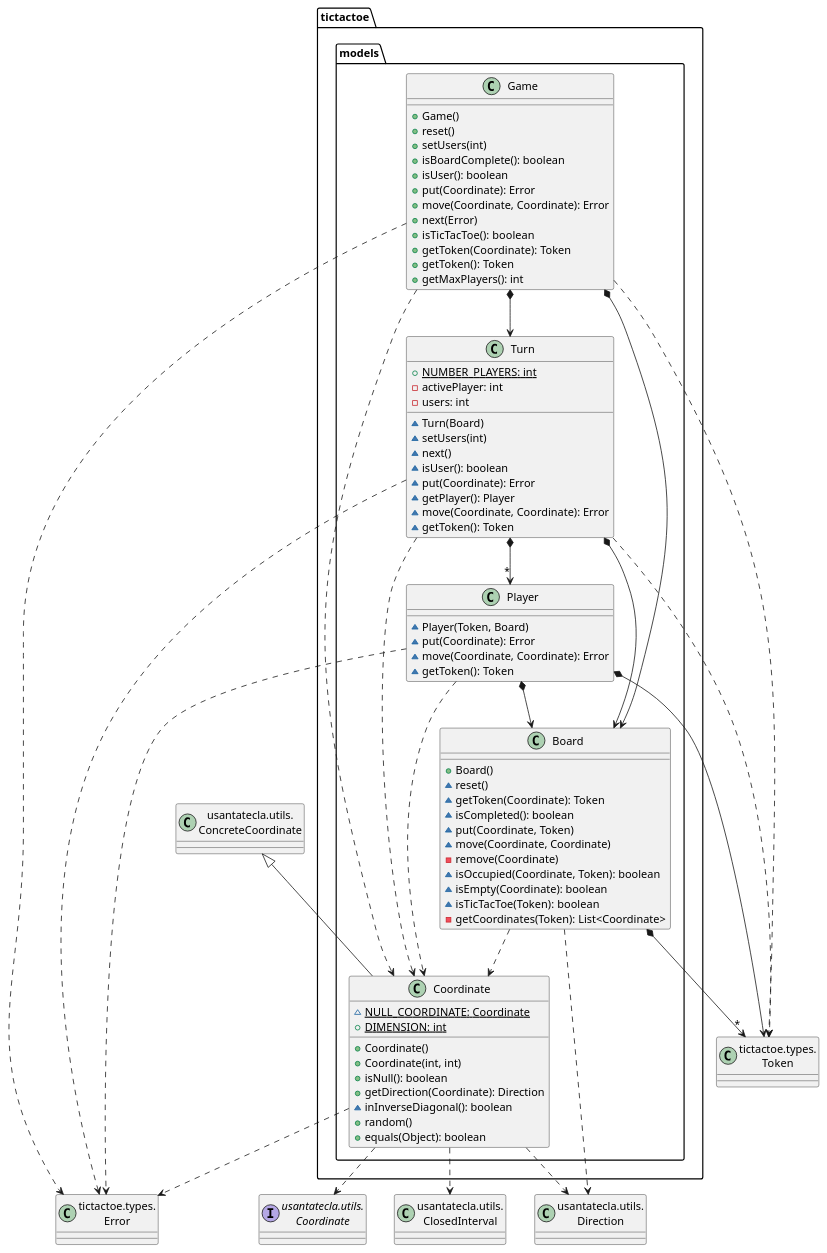
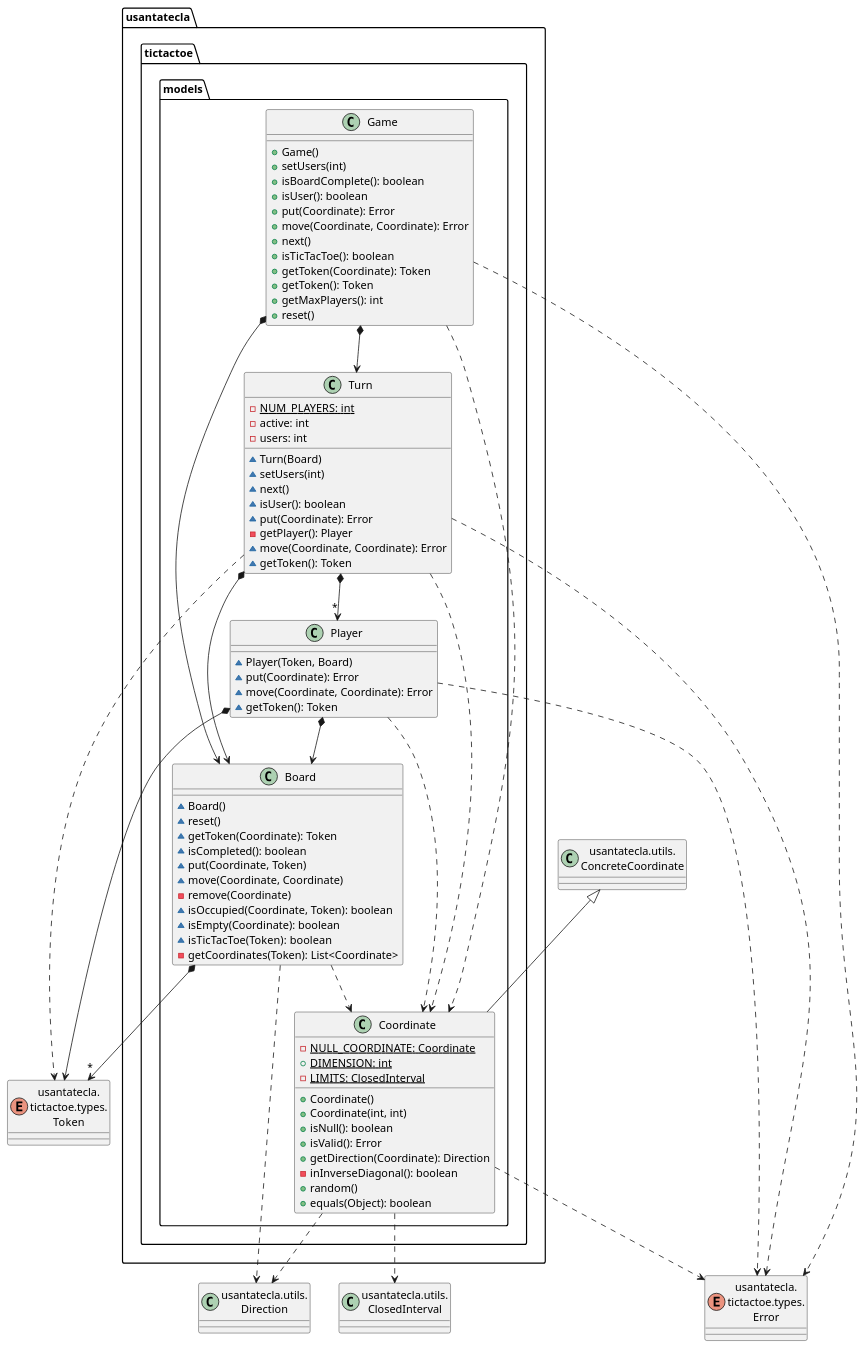
One commit to Jolucaa/USantaTecla-project-ticTacToe changed the fifth of 7 diagrams in modelViewPresenter/presentationModel/basic/docs/diagrams/src/paquetes.plantuml. Above: the diagram before and after it, drawn with PlantUML. The commit also changed other lines of this file and 149 other files, not shown here.

```diff
--- a/modelViewPresenter/presentationModel/basic/docs/diagrams/src/paquetes.plantuml
+++ b/modelViewPresenter/presentationModel/basic/docs/diagrams/src/paquetes.plantuml
@@ -206,94 +348,93 @@
-@startuml paqueteTicTactoeModels
-class Token as "tictactoe.types.\nToken"
-class Error as "tictactoe.types.\nError"
+@startuml tictactoe.models
+enum Error as "usantatecla.\ntictactoe.types.\nError"
+enum Token as "usantatecla.\ntictactoe.types.\nToken"
+class Direction as "usantatecla.utils.\nDirection"
+class ConcreteCoordinate as "usantatecla.utils.\nConcreteCoordinate"
 class ClosedInterval as "usantatecla.utils.\nClosedInterval"
-class ConcreteCoordinate as "usantatecla.utils.\nConcreteCoordinate"
-class Direction as "usantatecla.utils.\nDirection"
-interface Coordinate as "usantatecla.utils.\nCoordinate" 
 
-class  tictactoe.models.Board{
-  + Board()
+class  usantatecla.tictactoe.models.Board{
+  ~ Board()
   ~ reset()
   ~ getToken(Coordinate): Token
   ~ isCompleted(): boolean
   ~ put(Coordinate, Token)
   ~ move(Coordinate, Coordinate)
   - remove(Coordinate)
   ~ isOccupied(Coordinate, Token): boolean
   ~ isEmpty(Coordinate): boolean
   ~ isTicTacToe(Token): boolean
   - getCoordinates(Token): List<Coordinate>
 }
+usantatecla.tictactoe.models.Board *-down-> "*" Token
+usantatecla.tictactoe.models.Board .down.> usantatecla.tictactoe.models.Coordinate
+usantatecla.tictactoe.models.Board .down.> Direction
 
-tictactoe.models.Board *-down-> "*" Token
-tictactoe.models.Board .down.> tictactoe.models.Coordinate
-tictactoe.models.Board .down.> Direction
-
-class  tictactoe.models.Coordinate{
-  ~ {static} NULL_COORDINATE: Coordinate
+class  usantatecla.tictactoe.models.Coordinate{
+  - {static} NULL_COORDINATE: Coordinate
   + {static} DIMENSION: int
+  - {static} LIMITS: ClosedInterval
   + Coordinate()
   + Coordinate(int, int)
   + isNull(): boolean
+  + isValid(): Error
   + getDirection(Coordinate): Direction
-  ~ inInverseDiagonal(): boolean
+  - inInverseDiagonal(): boolean
   + random()
   + equals(Object): boolean
 }
-ConcreteCoordinate <|-down- tictactoe.models.Coordinate
-tictactoe.models.Coordinate .down.> Error
-tictactoe.models.Coordinate .down.> Direction
-tictactoe.models.Coordinate .down.> Coordinate
-tictactoe.models.Coordinate .down.> ClosedInterval
+ConcreteCoordinate <|-down- usantatecla.tictactoe.models.Coordinate
+usantatecla.tictactoe.models.Coordinate .down.> Error
+usantatecla.tictactoe.models.Coordinate .down.> Direction
+usantatecla.tictactoe.models.Coordinate .down.> ClosedInterval
 
-class  tictactoe.models.Game{
+class  usantatecla.tictactoe.models.Game{
   + Game()
-  + reset()
   + setUsers(int)
   + isBoardComplete(): boolean
   + isUser(): boolean
   + put(Coordinate): Error
   + move(Coordinate, Coordinate): Error
-  + next(Error)
+  + next()
   + isTicTacToe(): boolean
   + getToken(Coordinate): Token
   + getToken(): Token
   + getMaxPlayers(): int
+  + reset()
 }
-tictactoe.models.Game *-down-> tictactoe.models.Board
-tictactoe.models.Game *-down-> tictactoe.models.Turn
-tictactoe.models.Game .down.> tictactoe.models.Coordinate
-tictactoe.models.Game .down.> Error
-tictactoe.models.Game .down.> Token
+usantatecla.tictactoe.models.Game *-down-> usantatecla.tictactoe.models.Board
+usantatecla.tictactoe.models.Game *-down-> usantatecla.tictactoe.models.Turn
+usantatecla.tictactoe.models.Game .down.> usantatecla.tictactoe.models.Coordinate
+usantatecla.tictactoe.models.Game .down.> Error
 
-class  tictactoe.models.Player{
+class  usantatecla.tictactoe.models.Player{
   ~ Player(Token, Board)
   ~ put(Coordinate): Error
   ~ move(Coordinate, Coordinate): Error
   ~ getToken(): Token
 }
-tictactoe.models.Player *-down-> Token
-tictactoe.models.Player *-down-> tictactoe.models.Board
-tictactoe.models.Player .down.> tictactoe.models.Coordinate
-tictactoe.models.Player .down.> Error
+usantatecla.tictactoe.models.Player *-down-> usantatecla.tictactoe.models.Board
+usantatecla.tictactoe.models.Player *-down-> Token
+usantatecla.tictactoe.models.Player .down.> usantatecla.tictactoe.models.Coordinate
+usantatecla.tictactoe.models.Player .down.> Error
 
-class  tictactoe.models.Turn{
-  + {static} NUMBER_PLAYERS: int
-  - activePlayer: int
+class  usantatecla.tictactoe.models.Turn{
+  - {static} NUM_PLAYERS: int
+  - active: int
   - users: int
   ~ Turn(Board)
   ~ setUsers(int)
   ~ next()
   ~ isUser(): boolean
   ~ put(Coordinate): Error
-  ~ getPlayer(): Player
+  - getPlayer(): Player
   ~ move(Coordinate, Coordinate): Error
   ~ getToken(): Token
 }
 
-tictactoe.models.Turn *-down-> "*" tictactoe.models.Player
-tictactoe.models.Turn *-down-> tictactoe.models.Board
-tictactoe.models.Turn .down.-> Token
-tictactoe.models.Turn .down.-> Error
-tictactoe.models.Turn .down.-> tictactoe.models.Coordinate
+usantatecla.tictactoe.models.Turn *-down-> "*" usantatecla.tictactoe.models.Player
+usantatecla.tictactoe.models.Turn *-down-> usantatecla.tictactoe.models.Board
+usantatecla.tictactoe.models.Turn .down.> usantatecla.tictactoe.models.Coordinate
+usantatecla.tictactoe.models.Turn .down.> Token
+usantatecla.tictactoe.models.Turn .down.> Error
+
 @enduml
```
